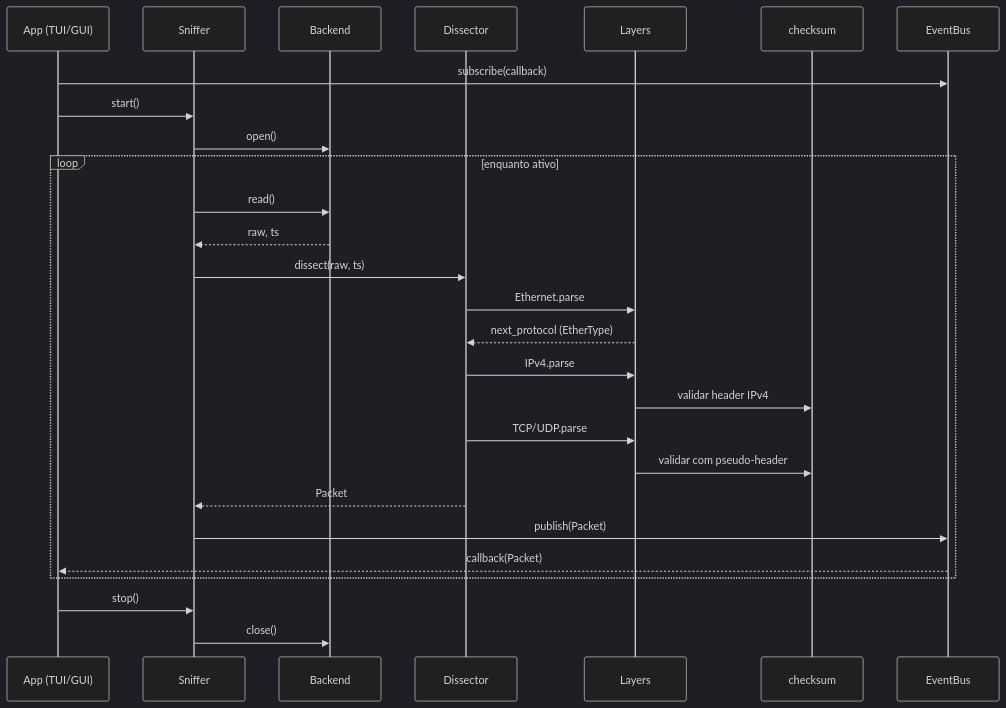
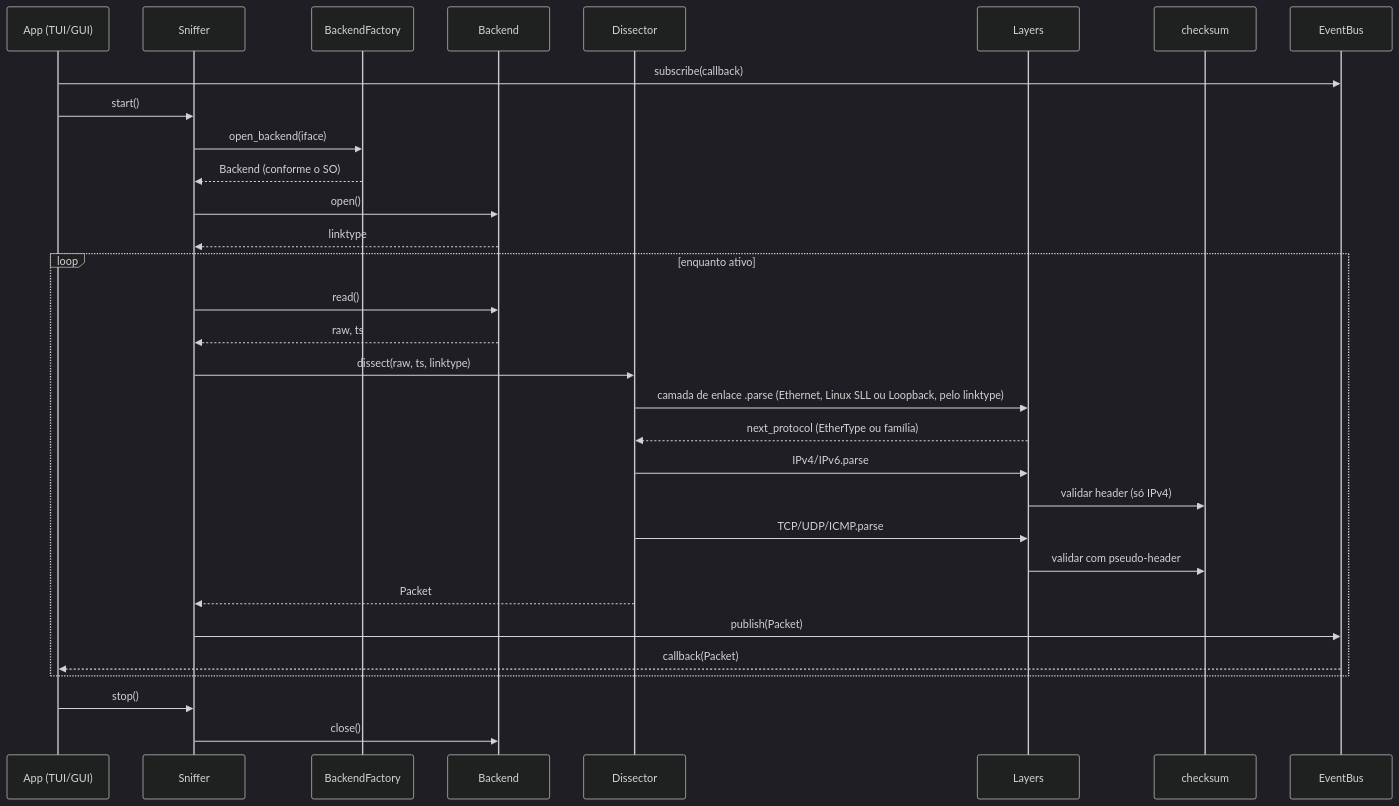
Before and after one commit to Noronhafla/rawpkt: the diagram in docs/diagrams/sequencia.mmd, drawn with Mermaid (dark theme). The commit also changed 6 other files, not shown here.

First line of the commit message:
Fix checksum bugs and sync README and diagrams with multiplatform architecture

```diff
--- a/docs/diagrams/sequencia.mmd
+++ b/docs/diagrams/sequencia.mmd
@@ -1,28 +1,32 @@
 sequenceDiagram
   participant App as App (TUI/GUI)
   participant S as Sniffer
+  participant F as BackendFactory
   participant B as Backend
   participant D as Dissector
   participant L as Layers
   participant C as checksum
   participant E as EventBus
 
   App->>E: subscribe(callback)
   App->>S: start()
+  S->>F: open_backend(iface)
+  F-->>S: Backend (conforme o SO)
   S->>B: open()
+  B-->>S: linktype
   loop enquanto ativo
     S->>B: read()
     B-->>S: raw, ts
-    S->>D: dissect(raw, ts)
-    D->>L: Ethernet.parse
-    L-->>D: next_protocol (EtherType)
-    D->>L: IPv4.parse
-    L->>C: validar header IPv4
-    D->>L: TCP/UDP.parse
+    S->>D: dissect(raw, ts, linktype)
+    D->>L: camada de enlace .parse (Ethernet, Linux SLL ou Loopback, pelo linktype)
+    L-->>D: next_protocol (EtherType ou família)
+    D->>L: IPv4/IPv6.parse
+    L->>C: validar header (só IPv4)
+    D->>L: TCP/UDP/ICMP.parse
     L->>C: validar com pseudo-header
     D-->>S: Packet
     S->>E: publish(Packet)
     E-->>App: callback(Packet)
   end
   App->>S: stop()
   S->>B: close()
```
